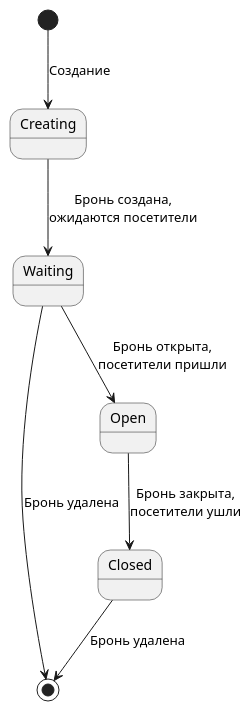
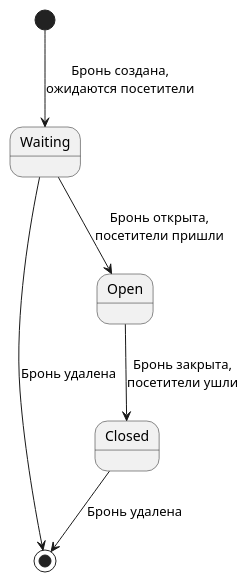
One commit to PavelPutin/restobook changed the diagram in documentation/диаграммы/Диаграмма состояний для брони.pu. Above: the diagram before and after it, drawn with PlantUML. The commit also changed 2 other files, not shown here.

Commit message:
fix: update diagrams

```diff
--- a/documentation/диаграммы/Диаграмма состояний для брони.pu
+++ b/documentation/диаграммы/Диаграмма состояний для брони.pu
@@ -1,14 +1,13 @@
 @startuml Диаграмма состояний для брони
 
 ' title
 '     Диаграмма состояний для столов
 ' end title
 
-[*] --> Creating : Создание
-Creating --> Waiting : Бронь создана,\nожидаются посетители
+[*] --> Waiting : Бронь создана,\nожидаются посетители
 Waiting -down-> Open : Бронь открыта,\nпосетители пришли
 Open -down-> Closed : Бронь закрыта,\nпосетители ушли
 Waiting -right-> [*]  : Бронь удалена
 Closed --> [*] : Бронь удалена
 
 @enduml
```
